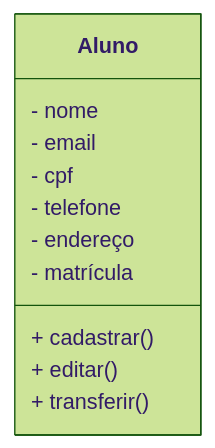
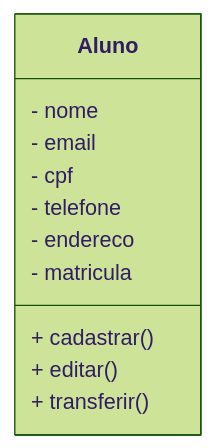
One commit to taresorlande/universidade changed the second of 2 diagrams in readme.md. Above: the diagram before and after it, drawn with Mermaid (forest theme). The commit also changed other lines of this file and 6 other files, not shown here.

````diff
--- a/readme.md
+++ b/readme.md
@@ -20,14 +20,14 @@
 ```mermaid
 classDiagram
     class Aluno{
         - nome
         - email
         - cpf
         - telefone
-        - endereço
-        - matrícula
+        - endereco
+        - matricula
         + cadastrar()
         + editar()
         + transferir()
     }
 ```
````
